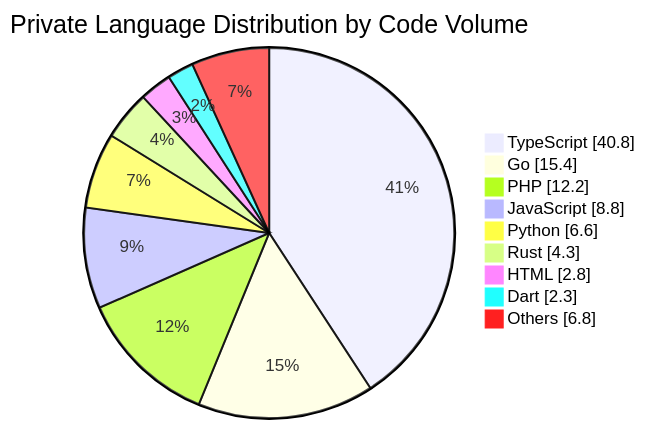
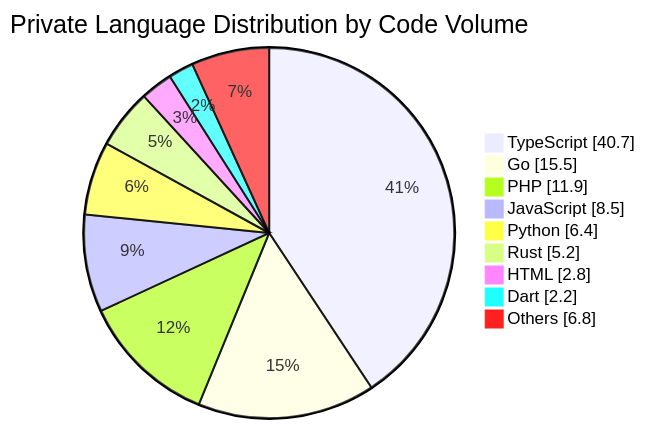
Before and after one commit to Lamy210/Lamy210: the diagram in README.md, drawn with Mermaid. The commit also changed other lines of this file, not shown here.

Commit message:
chore: update private technology summary [skip ci]

````diff
--- a/README.md
+++ b/README.md
@@ -47,13 +47,13 @@
 ```mermaid
 pie showData
     title Private Language Distribution by Code Volume
-    "TypeScript" : 40.8
-    "Go" : 15.4
-    "PHP" : 12.2
-    "JavaScript" : 8.8
-    "Python" : 6.6
-    "Rust" : 4.3
+    "TypeScript" : 40.7
+    "Go" : 15.5
+    "PHP" : 11.9
+    "JavaScript" : 8.5
+    "Python" : 6.4
+    "Rust" : 5.2
     "HTML" : 2.8
-    "Dart" : 2.3
+    "Dart" : 2.2
     "Others" : 6.8
 ```
````
